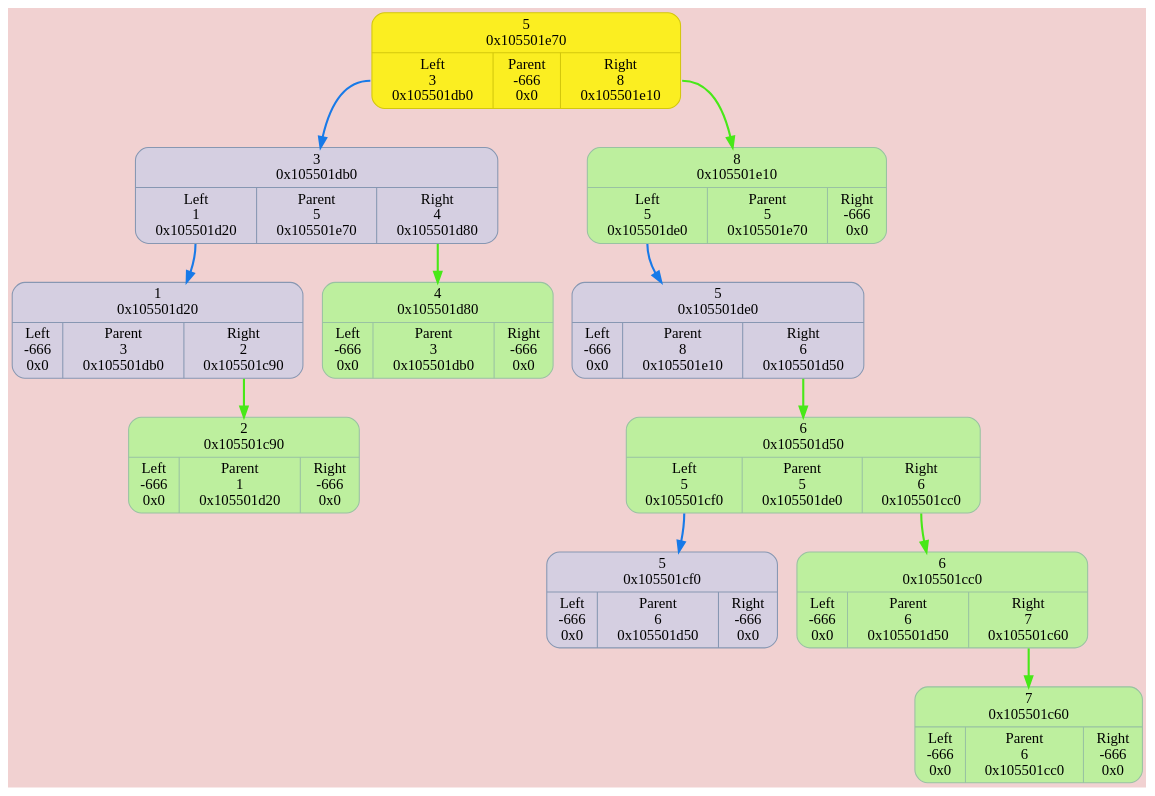
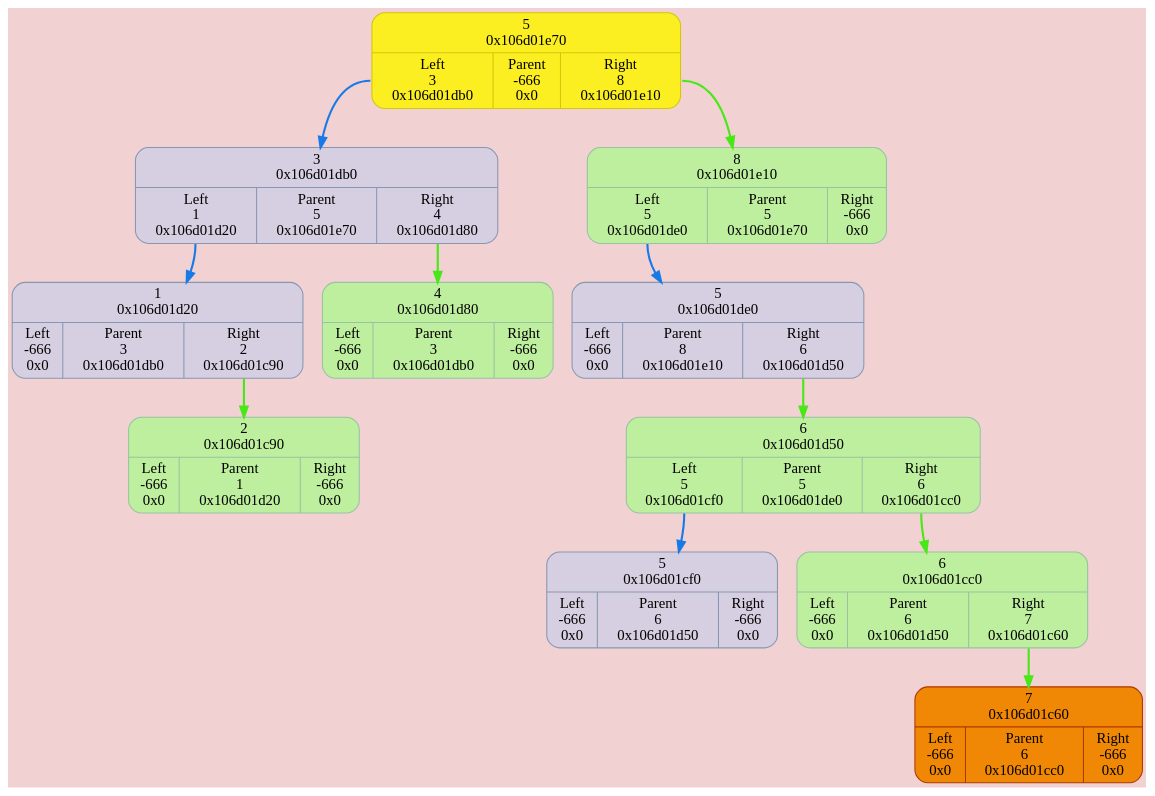
One commit to TolikRogov/BinaryTree changed the diagram in dump/graph.dot. Above: the diagram before and after it, drawn with Graphviz. The commit also changed 16 other files, not shown here.

```diff
--- a/dump/graph.dot
+++ b/dump/graph.dot
@@ -1,32 +1,33 @@
 digraph {
 	fontname = "UbuntuMono";
 	bgcolor = "#F1D1D1";
 
-	node0x105501e70 [ shape = Mrecord; style = filled; fillcolor = "#FBEE21"; color = "#D3C70D"; fontcolor = "#000000";label = " { 5\n0x105501e70 | { <left> Left\n3\n0x105501db0 | Parent\n-666\n0x0 | <right> Right\n8\n0x105501e10 } } ";  ];
-	node0x105501e70:<left> -> node0x105501db0 [ style = "bold"; color = "#187AE8" ];
-	node0x105501db0 [ shape = Mrecord; style = filled; fillcolor = "#D5CFE1"; color = "#8797b2"; fontcolor = "#000000";label = " { 3\n0x105501db0 | { <left> Left\n1\n0x105501d20 | Parent\n5\n0x105501e70 | <right> Right\n4\n0x105501d80 } } ";  ];
-	node0x105501db0:<left> -> node0x105501d20 [ style = "bold"; color = "#187AE8" ];
-	node0x105501d20 [ shape = Mrecord; style = filled; fillcolor = "#D5CFE1"; color = "#8797b2"; fontcolor = "#000000";label = " { 1\n0x105501d20 | { <left> Left\n-666\n0x0 | Parent\n3\n0x105501db0 | <right> Right\n2\n0x105501c90 } } ";  ];
-	node0x105501d20:<right> -> node0x105501c90 [ style = "bold"; color = "#48E818" ];
-	node0x105501c90 [ shape = Mrecord; style = filled; fillcolor = "#D5CFE1"; color = "#8797b2"; fontcolor = "#000000";label = " { 2\n0x105501c90 | { <left> Left\n-666\n0x0 | Parent\n1\n0x105501d20 | <right> Right\n-666\n0x0 } } ";  ];
-	node0x105501c90 [ shape = Mrecord; style = filled; fillcolor = "#BDEF9E"; color = "#99c2a2"; fontcolor = "#000000";label = " { 2\n0x105501c90 | { <left> Left\n-666\n0x0 | Parent\n1\n0x105501d20 | <right> Right\n-666\n0x0 } } ";  ];
-	node0x105501db0:<right> -> node0x105501d80 [ style = "bold"; color = "#48E818" ];
-	node0x105501d80 [ shape = Mrecord; style = filled; fillcolor = "#D5CFE1"; color = "#8797b2"; fontcolor = "#000000";label = " { 4\n0x105501d80 | { <left> Left\n-666\n0x0 | Parent\n3\n0x105501db0 | <right> Right\n-666\n0x0 } } ";  ];
-	node0x105501d80 [ shape = Mrecord; style = filled; fillcolor = "#BDEF9E"; color = "#99c2a2"; fontcolor = "#000000";label = " { 4\n0x105501d80 | { <left> Left\n-666\n0x0 | Parent\n3\n0x105501db0 | <right> Right\n-666\n0x0 } } ";  ];
-	node0x105501e70:<right> -> node0x105501e10 [ style = "bold"; color = "#48E818" ];
-	node0x105501e10 [ shape = Mrecord; style = filled; fillcolor = "#D5CFE1"; color = "#8797b2"; fontcolor = "#000000";label = " { 8\n0x105501e10 | { <left> Left\n5\n0x105501de0 | Parent\n5\n0x105501e70 | <right> Right\n-666\n0x0 } } ";  ];
-	node0x105501e10:<left> -> node0x105501de0 [ style = "bold"; color = "#187AE8" ];
-	node0x105501de0 [ shape = Mrecord; style = filled; fillcolor = "#D5CFE1"; color = "#8797b2"; fontcolor = "#000000";label = " { 5\n0x105501de0 | { <left> Left\n-666\n0x0 | Parent\n8\n0x105501e10 | <right> Right\n6\n0x105501d50 } } ";  ];
-	node0x105501de0:<right> -> node0x105501d50 [ style = "bold"; color = "#48E818" ];
-	node0x105501d50 [ shape = Mrecord; style = filled; fillcolor = "#D5CFE1"; color = "#8797b2"; fontcolor = "#000000";label = " { 6\n0x105501d50 | { <left> Left\n5\n0x105501cf0 | Parent\n5\n0x105501de0 | <right> Right\n6\n0x105501cc0 } } ";  ];
-	node0x105501d50:<left> -> node0x105501cf0 [ style = "bold"; color = "#187AE8" ];
-	node0x105501cf0 [ shape = Mrecord; style = filled; fillcolor = "#D5CFE1"; color = "#8797b2"; fontcolor = "#000000";label = " { 5\n0x105501cf0 | { <left> Left\n-666\n0x0 | Parent\n6\n0x105501d50 | <right> Right\n-666\n0x0 } } ";  ];
-	node0x105501d50:<right> -> node0x105501cc0 [ style = "bold"; color = "#48E818" ];
-	node0x105501cc0 [ shape = Mrecord; style = filled; fillcolor = "#D5CFE1"; color = "#8797b2"; fontcolor = "#000000";label = " { 6\n0x105501cc0 | { <left> Left\n-666\n0x0 | Parent\n6\n0x105501d50 | <right> Right\n7\n0x105501c60 } } ";  ];
-	node0x105501cc0:<right> -> node0x105501c60 [ style = "bold"; color = "#48E818" ];
-	node0x105501c60 [ shape = Mrecord; style = filled; fillcolor = "#D5CFE1"; color = "#8797b2"; fontcolor = "#000000";label = " { 7\n0x105501c60 | { <left> Left\n-666\n0x0 | Parent\n6\n0x105501cc0 | <right> Right\n-666\n0x0 } } ";  ];
-	node0x105501c60 [ shape = Mrecord; style = filled; fillcolor = "#BDEF9E"; color = "#99c2a2"; fontcolor = "#000000";label = " { 7\n0x105501c60 | { <left> Left\n-666\n0x0 | Parent\n6\n0x105501cc0 | <right> Right\n-666\n0x0 } } ";  ];
-	node0x105501cc0 [ shape = Mrecord; style = filled; fillcolor = "#BDEF9E"; color = "#99c2a2"; fontcolor = "#000000";label = " { 6\n0x105501cc0 | { <left> Left\n-666\n0x0 | Parent\n6\n0x105501d50 | <right> Right\n7\n0x105501c60 } } ";  ];
-	node0x105501d50 [ shape = Mrecord; style = filled; fillcolor = "#BDEF9E"; color = "#99c2a2"; fontcolor = "#000000";label = " { 6\n0x105501d50 | { <left> Left\n5\n0x105501cf0 | Parent\n5\n0x105501de0 | <right> Right\n6\n0x105501cc0 } } ";  ];
-	node0x105501e10 [ shape = Mrecord; style = filled; fillcolor = "#BDEF9E"; color = "#99c2a2"; fontcolor = "#000000";label = " { 8\n0x105501e10 | { <left> Left\n5\n0x105501de0 | Parent\n5\n0x105501e70 | <right> Right\n-666\n0x0 } } ";  ];
+	node0x106d01e70 [ shape = Mrecord; style = filled; fillcolor = "#FBEE21"; color = "#D3C70D"; fontcolor = "#000000";label = " { 5\n0x106d01e70 | { <left> Left\n3\n0x106d01db0 | Parent\n-666\n0x0 | <right> Right\n8\n0x106d01e10 } } ";  ];
+	node0x106d01e70:<left> -> node0x106d01db0 [ style = "bold"; color = "#187AE8" ];
+	node0x106d01db0 [ shape = Mrecord; style = filled; fillcolor = "#D5CFE1"; color = "#8797b2"; fontcolor = "#000000";label = " { 3\n0x106d01db0 | { <left> Left\n1\n0x106d01d20 | Parent\n5\n0x106d01e70 | <right> Right\n4\n0x106d01d80 } } ";  ];
+	node0x106d01db0:<left> -> node0x106d01d20 [ style = "bold"; color = "#187AE8" ];
+	node0x106d01d20 [ shape = Mrecord; style = filled; fillcolor = "#D5CFE1"; color = "#8797b2"; fontcolor = "#000000";label = " { 1\n0x106d01d20 | { <left> Left\n-666\n0x0 | Parent\n3\n0x106d01db0 | <right> Right\n2\n0x106d01c90 } } ";  ];
+	node0x106d01d20:<right> -> node0x106d01c90 [ style = "bold"; color = "#48E818" ];
+	node0x106d01c90 [ shape = Mrecord; style = filled; fillcolor = "#D5CFE1"; color = "#8797b2"; fontcolor = "#000000";label = " { 2\n0x106d01c90 | { <left> Left\n-666\n0x0 | Parent\n1\n0x106d01d20 | <right> Right\n-666\n0x0 } } ";  ];
+	node0x106d01c90 [ shape = Mrecord; style = filled; fillcolor = "#BDEF9E"; color = "#99c2a2"; fontcolor = "#000000";label = " { 2\n0x106d01c90 | { <left> Left\n-666\n0x0 | Parent\n1\n0x106d01d20 | <right> Right\n-666\n0x0 } } ";  ];
+	node0x106d01db0:<right> -> node0x106d01d80 [ style = "bold"; color = "#48E818" ];
+	node0x106d01d80 [ shape = Mrecord; style = filled; fillcolor = "#D5CFE1"; color = "#8797b2"; fontcolor = "#000000";label = " { 4\n0x106d01d80 | { <left> Left\n-666\n0x0 | Parent\n3\n0x106d01db0 | <right> Right\n-666\n0x0 } } ";  ];
+	node0x106d01d80 [ shape = Mrecord; style = filled; fillcolor = "#BDEF9E"; color = "#99c2a2"; fontcolor = "#000000";label = " { 4\n0x106d01d80 | { <left> Left\n-666\n0x0 | Parent\n3\n0x106d01db0 | <right> Right\n-666\n0x0 } } ";  ];
+	node0x106d01e70:<right> -> node0x106d01e10 [ style = "bold"; color = "#48E818" ];
+	node0x106d01e10 [ shape = Mrecord; style = filled; fillcolor = "#D5CFE1"; color = "#8797b2"; fontcolor = "#000000";label = " { 8\n0x106d01e10 | { <left> Left\n5\n0x106d01de0 | Parent\n5\n0x106d01e70 | <right> Right\n-666\n0x0 } } ";  ];
+	node0x106d01e10:<left> -> node0x106d01de0 [ style = "bold"; color = "#187AE8" ];
+	node0x106d01de0 [ shape = Mrecord; style = filled; fillcolor = "#D5CFE1"; color = "#8797b2"; fontcolor = "#000000";label = " { 5\n0x106d01de0 | { <left> Left\n-666\n0x0 | Parent\n8\n0x106d01e10 | <right> Right\n6\n0x106d01d50 } } ";  ];
+	node0x106d01de0:<right> -> node0x106d01d50 [ style = "bold"; color = "#48E818" ];
+	node0x106d01d50 [ shape = Mrecord; style = filled; fillcolor = "#D5CFE1"; color = "#8797b2"; fontcolor = "#000000";label = " { 6\n0x106d01d50 | { <left> Left\n5\n0x106d01cf0 | Parent\n5\n0x106d01de0 | <right> Right\n6\n0x106d01cc0 } } ";  ];
+	node0x106d01d50:<left> -> node0x106d01cf0 [ style = "bold"; color = "#187AE8" ];
+	node0x106d01cf0 [ shape = Mrecord; style = filled; fillcolor = "#D5CFE1"; color = "#8797b2"; fontcolor = "#000000";label = " { 5\n0x106d01cf0 | { <left> Left\n-666\n0x0 | Parent\n6\n0x106d01d50 | <right> Right\n-666\n0x0 } } ";  ];
+	node0x106d01d50:<right> -> node0x106d01cc0 [ style = "bold"; color = "#48E818" ];
+	node0x106d01cc0 [ shape = Mrecord; style = filled; fillcolor = "#D5CFE1"; color = "#8797b2"; fontcolor = "#000000";label = " { 6\n0x106d01cc0 | { <left> Left\n-666\n0x0 | Parent\n6\n0x106d01d50 | <right> Right\n7\n0x106d01c60 } } ";  ];
+	node0x106d01cc0:<right> -> node0x106d01c60 [ style = "bold"; color = "#48E818" ];
+	node0x106d01c60 [ shape = Mrecord; style = filled; fillcolor = "#D5CFE1"; color = "#8797b2"; fontcolor = "#000000";label = " { 7\n0x106d01c60 | { <left> Left\n-666\n0x0 | Parent\n6\n0x106d01cc0 | <right> Right\n-666\n0x0 } } ";  ];
+	node0x106d01c60 [ shape = Mrecord; style = filled; fillcolor = "#BDEF9E"; color = "#99c2a2"; fontcolor = "#000000";label = " { 7\n0x106d01c60 | { <left> Left\n-666\n0x0 | Parent\n6\n0x106d01cc0 | <right> Right\n-666\n0x0 } } ";  ];
+	node0x106d01c60 [ shape = Mrecord; style = filled; fillcolor = "#F18805"; color = "#AF3800"; fontcolor = "#000000";label = " { 7\n0x106d01c60 | { <left> Left\n-666\n0x0 | Parent\n6\n0x106d01cc0 | <right> Right\n-666\n0x0 } } ";  ];
+	node0x106d01cc0 [ shape = Mrecord; style = filled; fillcolor = "#BDEF9E"; color = "#99c2a2"; fontcolor = "#000000";label = " { 6\n0x106d01cc0 | { <left> Left\n-666\n0x0 | Parent\n6\n0x106d01d50 | <right> Right\n7\n0x106d01c60 } } ";  ];
+	node0x106d01d50 [ shape = Mrecord; style = filled; fillcolor = "#BDEF9E"; color = "#99c2a2"; fontcolor = "#000000";label = " { 6\n0x106d01d50 | { <left> Left\n5\n0x106d01cf0 | Parent\n5\n0x106d01de0 | <right> Right\n6\n0x106d01cc0 } } ";  ];
+	node0x106d01e10 [ shape = Mrecord; style = filled; fillcolor = "#BDEF9E"; color = "#99c2a2"; fontcolor = "#000000";label = " { 8\n0x106d01e10 | { <left> Left\n5\n0x106d01de0 | Parent\n5\n0x106d01e70 | <right> Right\n-666\n0x0 } } ";  ];
 }
```
